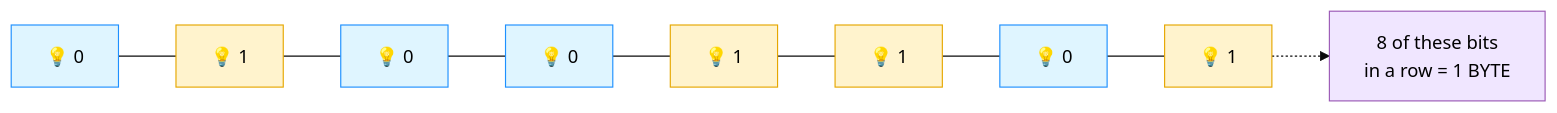
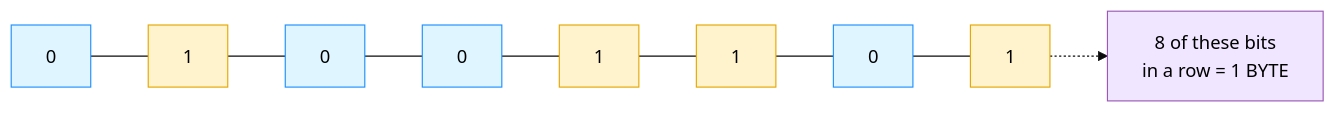
Before and after one commit to hjsanjana/rtl-design-practice: the eighth of 30 diagrams in RISC-V/README.md, drawn with Mermaid (base theme). The commit also changed other lines of this file, not shown here.

````diff
--- a/RISC-V/README.md
+++ b/RISC-V/README.md
@@ -331,16 +290,16 @@
 ```mermaid
 flowchart LR
-    B1["💡 0"] --- B2["💡 1"] --- B3["💡 0"] --- B4["💡 0"] --- B5["💡 1"] --- B6["💡 1"] --- B7["💡 0"] --- B8["💡 1"]
+    B1["0"] --- B2["1"] --- B3["0"] --- B4["0"] --- B5["1"] --- B6["1"] --- B7["0"] --- B8["1"]
     GROUP["8 of these bits\nin a row = 1 BYTE"]
     B8 -.-> GROUP
 
     style B1 fill:#dff5ff,stroke:#1e90ff,color:#000
     style B2 fill:#fff3cd,stroke:#e6a700,color:#000
     style B3 fill:#dff5ff,stroke:#1e90ff,color:#000
     style B4 fill:#dff5ff,stroke:#1e90ff,color:#000
     style B5 fill:#fff3cd,stroke:#e6a700,color:#000
     style B6 fill:#fff3cd,stroke:#e6a700,color:#000
     style B7 fill:#dff5ff,stroke:#1e90ff,color:#000
     style B8 fill:#fff3cd,stroke:#e6a700,color:#000
     style GROUP fill:#f0e6ff,stroke:#9b59b6,color:#000
 ```
````
